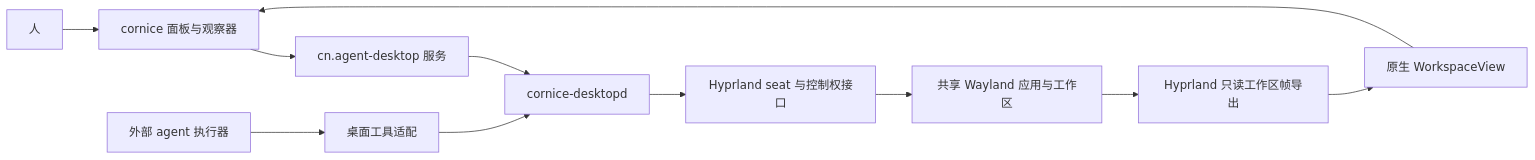
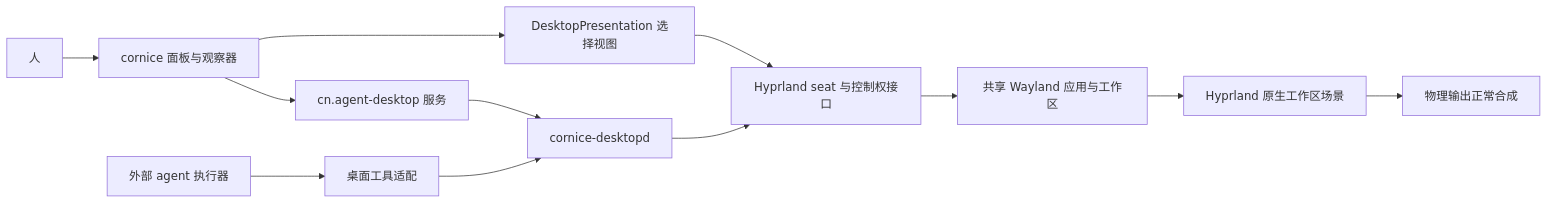
The diagram in docs/agent-desktop-design.md (mainliufeng/cornice), drawn with Mermaid before and after one commit. The commit also changed other lines of this file and 23 other files, not shown here.

Commit message:
✨ feat(desktop): use native Hyprland presentation and physical seat takeover

````diff
--- a/docs/agent-desktop-design.md
+++ b/docs/agent-desktop-design.md
@@ -112,13 +112,14 @@
 ```mermaid
 flowchart LR
     Person[人] --> Shell[cornice 面板与观察器]
     Shell --> Service[cn.agent-desktop 服务]
     Service --> Broker[cornice-desktopd]
     Runtime[外部 agent 执行器] --> Tools[桌面工具适配]
     Tools --> Broker
     Broker --> Control[Hyprland seat 与控制权接口]
     Control --> Apps[共享 Wayland 应用与工作区]
-    Apps --> Export[Hyprland 只读工作区帧导出]
-    Export --> View[原生 WorkspaceView]
-    View --> Shell
+    Apps --> Scene[Hyprland 原生工作区场景]
+    Scene --> Output[物理输出正常合成]
+    Shell --> View[DesktopPresentation 选择视图]
+    View --> Control
 ```
````
